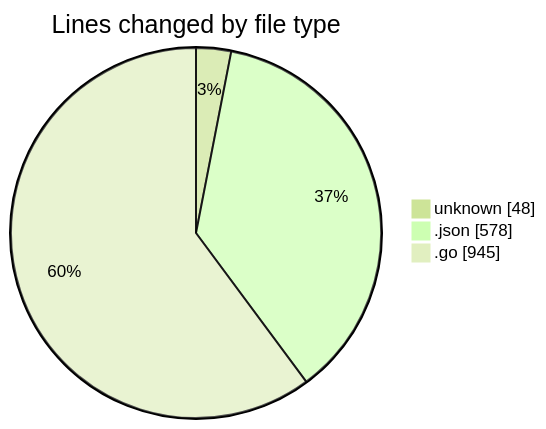
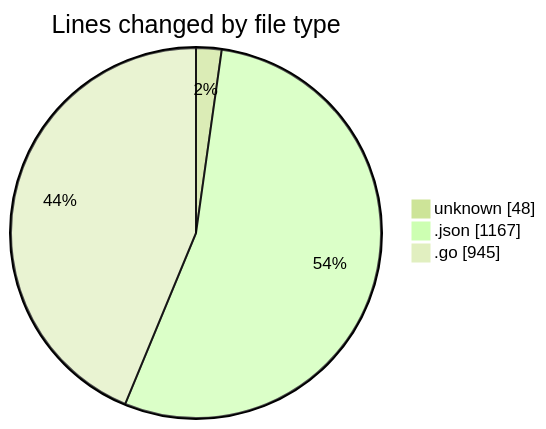
One commit to EIIisD/code-tracking changed the first of 2 diagrams in 2025-07-12/cursor-openrouter-proxy/README.md. Above: the diagram before and after it, drawn with Mermaid (forest theme). The commit also changed other lines of this file and 1 other file, not shown here.

````diff
--- a/2025-07-12/cursor-openrouter-proxy/README.md
+++ b/2025-07-12/cursor-openrouter-proxy/README.md
@@ -22,7 +23,7 @@
 ```mermaid
 pie showData
 title Lines changed by file type
 "unknown" : 48
-".json" : 578
+".json" : 1167
 ".go" : 945
 ```
````
